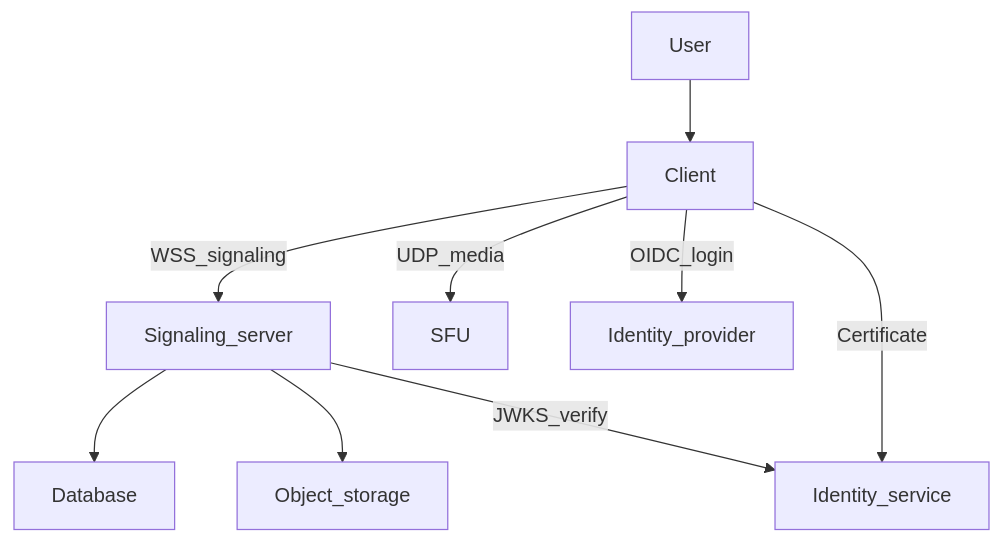
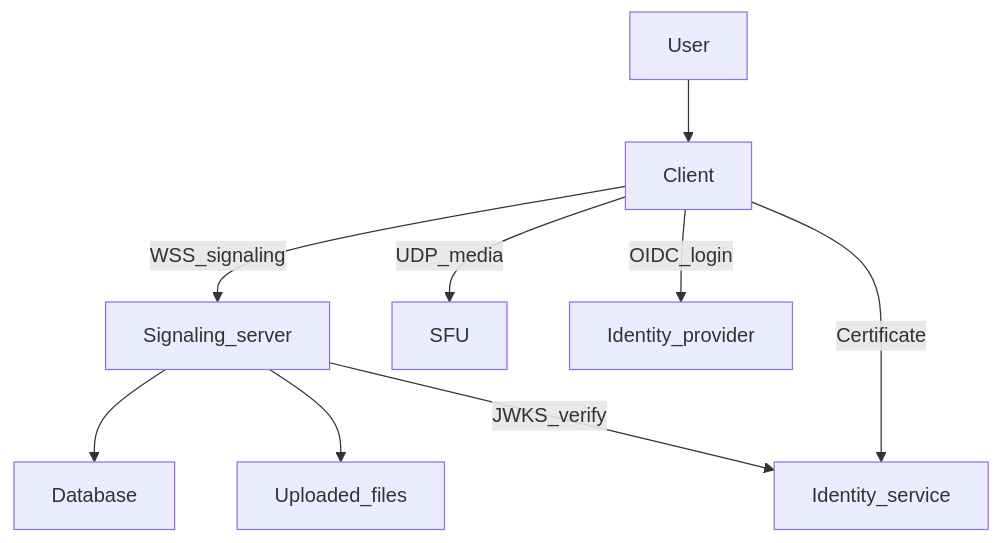
One commit to Gryt-chat/docs changed the diagram in content/docs/about/why-gryt.mdx. Above: the diagram before and after it, drawn with Mermaid. The commit also changed other lines of this file and 8 other files, not shown here.

````diff
--- a/content/docs/about/why-gryt.mdx
+++ b/content/docs/about/why-gryt.mdx
@@ -48,11 +48,11 @@
 ```mermaid
 graph TB
   user[User] --> client[Client]
   client -->|WSS_signaling| server[Signaling_server]
   client -->|UDP_media| sfu[SFU]
   server --> db[Database]
-  server --> s3[Object_storage]
+  server --> files[Uploaded_files]
   client -->|OIDC_login| auth[Identity_provider]
   client -->|Certificate| identity[Identity_service]
   server -->|JWKS_verify| identity
 ```
````
